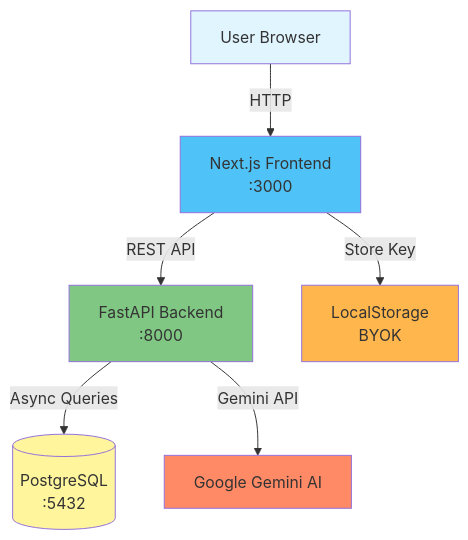
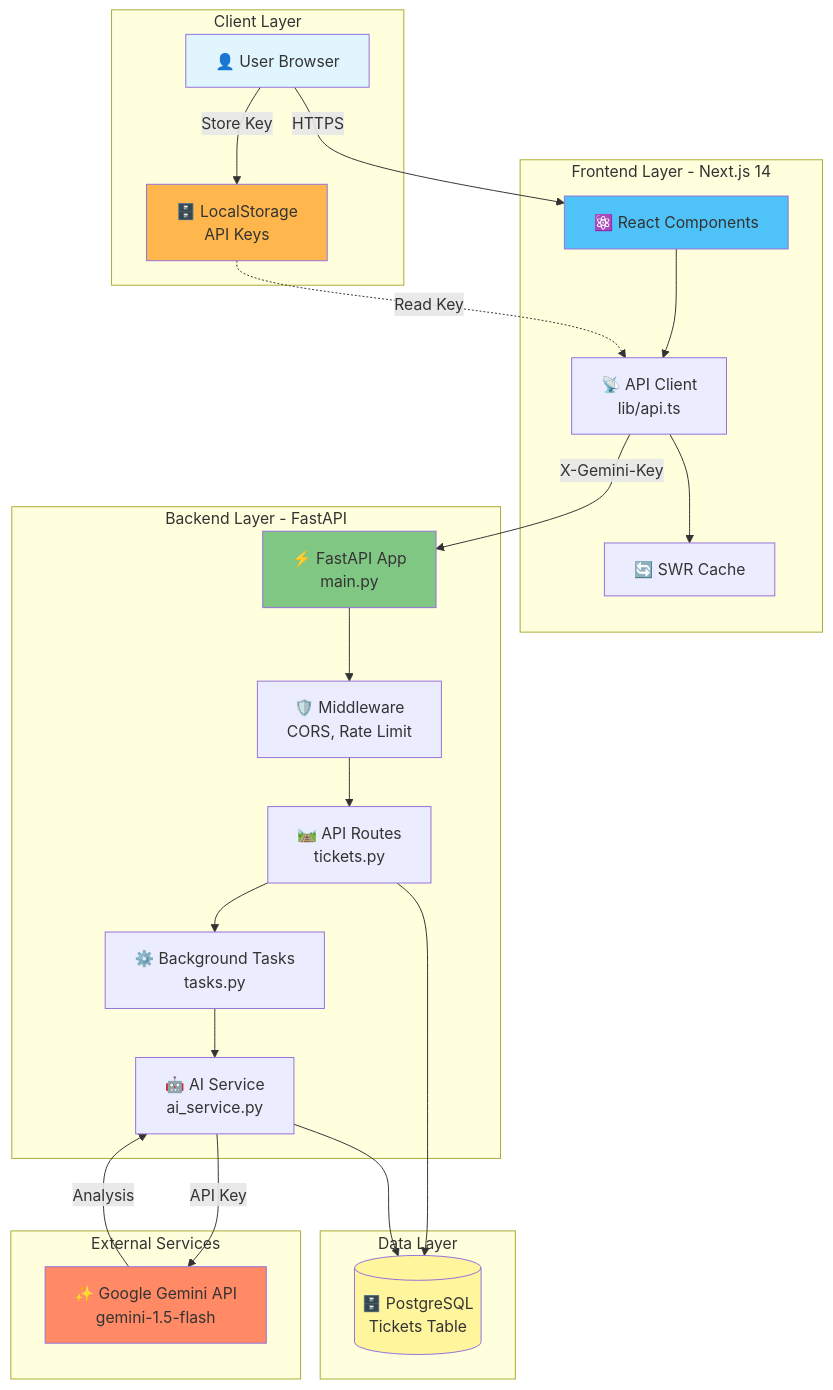
The first of 2 diagrams in README.md (AdamChoudary/Ticket-Management-System), drawn with Mermaid before and after one commit. The commit also changed other lines of this file and 1 other file, not shown here.

Commit message:
docs: extensively update README with comprehensive project details, features, architecture, and user guide, and remove a redundant .env file.

````diff
--- a/README.md
+++ b/README.md
@@ -67,15 +187,54 @@
 ```mermaid
 graph TB
-    User[User Browser] -->|HTTP| FE[Next.js Frontend<br/>:3000]
-    FE -->|REST API| API[FastAPI Backend<br/>:8000]
-    API -->|Async Queries| DB[(PostgreSQL<br/>:5432)]
-    API -->|Gemini API| Gemini[Google Gemini AI]
-    FE -->|Store Key| LS[LocalStorage<br/>BYOK]
+    subgraph "Client Layer"
+        User[👤 User Browser]
+        LS[🗄️ LocalStorage<br/>API Keys]
+    end
+    
+    subgraph "Frontend Layer - Next.js 14"
+        FE[⚛️ React Components]
+        API_CLIENT[📡 API Client<br/>lib/api.ts]
+        SWR[🔄 SWR Cache]
+    end
+    
+    subgraph "Backend Layer - FastAPI"
+        FASTAPI[⚡ FastAPI App<br/>main.py]
+        MIDDLEWARE[🛡️ Middleware<br/>CORS, Rate Limit]
+        ROUTES[🛤️ API Routes<br/>tickets.py]
+        TASKS[⚙️ Background Tasks<br/>tasks.py]
+        AI_SERVICE[🤖 AI Service<br/>ai_service.py]
+    end
+    
+    subgraph "Data Layer"
+        DB[(🗄️ PostgreSQL<br/>Tickets Table)]
+    end
+    
+    subgraph "External Services"
+        GEMINI[✨ Google Gemini API<br/>gemini-1.5-flash]
+    end
+    
+    User -->|HTTPS| FE
+    User -->|Store Key| LS
+    FE --> API_CLIENT
+    API_CLIENT -->|X-Gemini-Key| FASTAPI
+    API_CLIENT --> SWR
+    
+    FASTAPI --> MIDDLEWARE
+    MIDDLEWARE --> ROUTES
+    ROUTES --> TASKS
+    ROUTES --> DB
+    
+    TASKS --> AI_SERVICE
+    AI_SERVICE -->|API Key| GEMINI
+    GEMINI -->|Analysis| AI_SERVICE
+    AI_SERVICE --> DB
+    
+    LS -.->|Read Key| API_CLIENT
     
     style User fill:#e1f5ff
     style FE fill:#4fc3f7
-    style API fill:#81c784
+    style FASTAPI fill:#81c784
     style DB fill:#fff59d
-    style Gemini fill:#ff8a65
+    style GEMINI fill:#ff8a65
     style LS fill:#ffb74d
 ```
````
